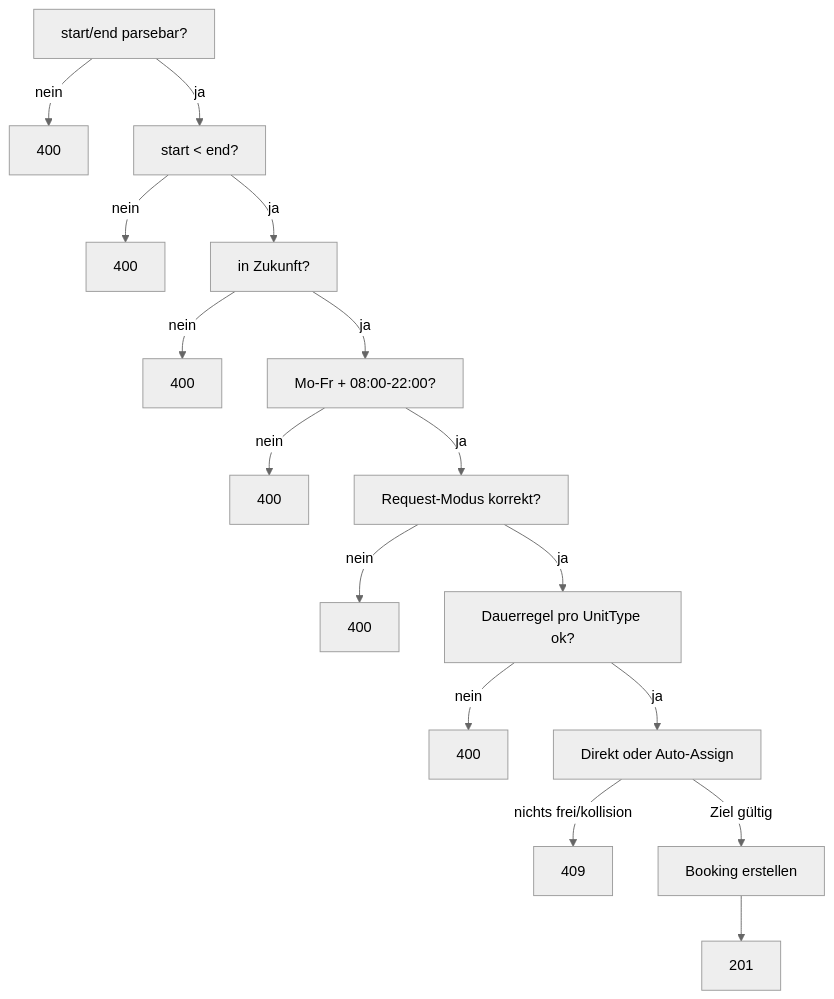
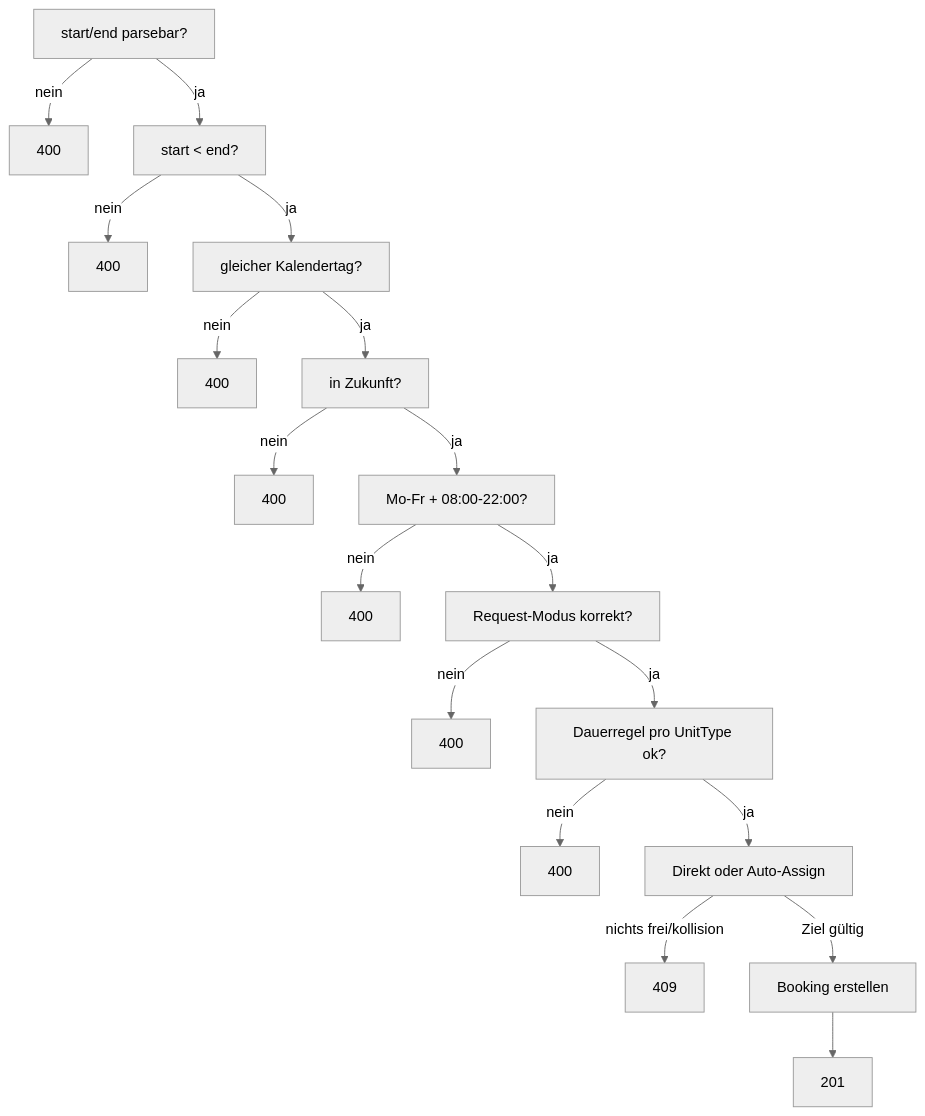
Before and after one commit to CodeRacon/roomfull-2.0: the third of 4 diagrams in backend/docs/booking-flow.md, drawn with Mermaid (neutral theme). The commit also changed other lines of this file and 8 other files, not shown here.

Commit message:
docs: update roomfull flow documentation

````diff
--- a/backend/docs/booking-flow.md
+++ b/backend/docs/booking-flow.md
@@ -119,18 +197,20 @@
 ```mermaid
 flowchart TD
   A[start/end parsebar?] -->|nein| E400a[400]
   A -->|ja| B[start < end?]
   B -->|nein| E400b[400]
-  B -->|ja| C[in Zukunft?]
+  B -->|ja| C[gleicher Kalendertag?]
   C -->|nein| E400c[400]
-  C -->|ja| D[Mo-Fr + 08:00-22:00?]
+  C -->|ja| D[in Zukunft?]
   D -->|nein| E400d[400]
-  D -->|ja| E[Request-Modus korrekt?]
+  D -->|ja| E[Mo-Fr + 08:00-22:00?]
   E -->|nein| E400e[400]
-  E -->|ja| F[Dauerregel pro UnitType ok?]
+  E -->|ja| F[Request-Modus korrekt?]
   F -->|nein| E400f[400]
-  F -->|ja| G[Direkt oder Auto-Assign]
-  G -->|nichts frei/kollision| E409[409]
-  G -->|Ziel gültig| H[Booking erstellen]
-  H --> S201[201]
+  F -->|ja| G[Dauerregel pro UnitType ok?]
+  G -->|nein| E400g[400]
+  G -->|ja| H[Direkt oder Auto-Assign]
+  H -->|nichts frei/kollision| E409[409]
+  H -->|Ziel gültig| I[Booking erstellen]
+  I --> S201[201]
 ```
````
